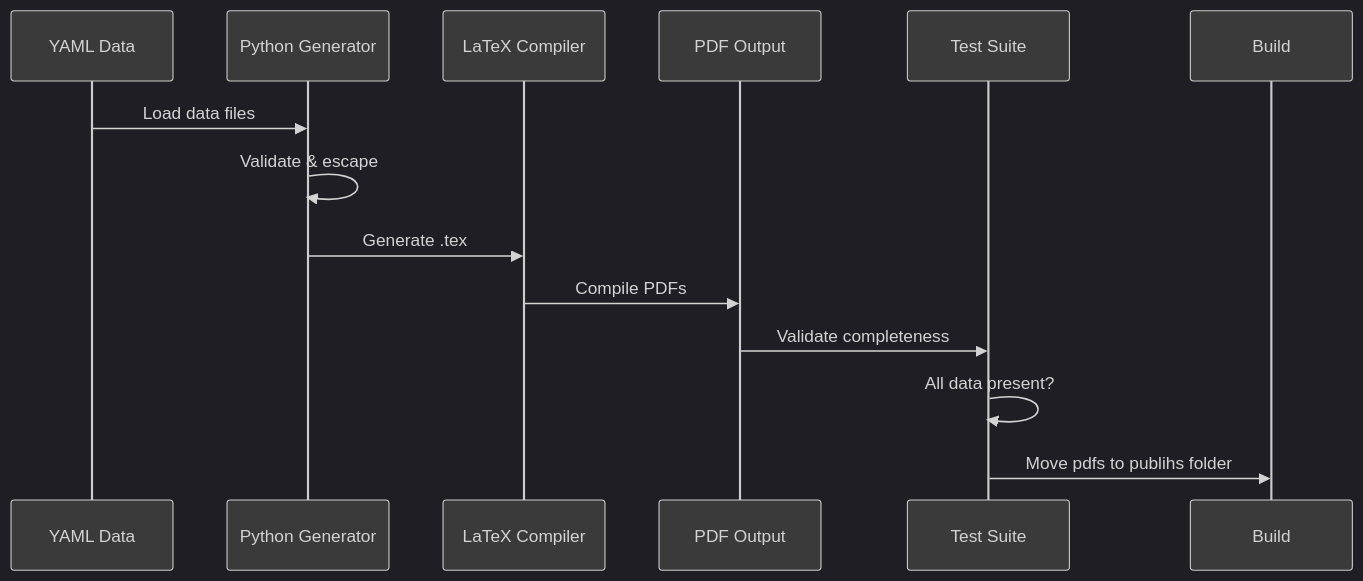
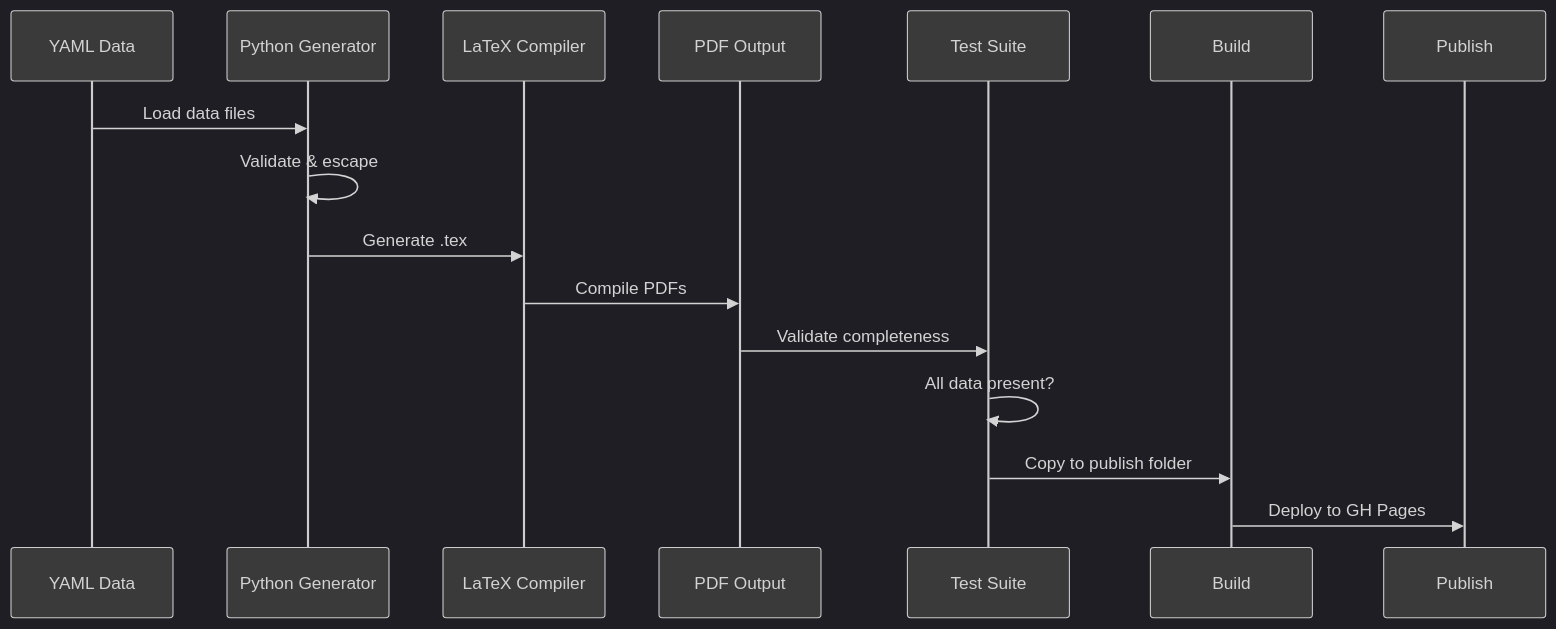
The second of 2 diagrams in README.md (acudworth3/resume-experiment), drawn with Mermaid before and after one commit.

Commit message:
Auto-commit Mon Apr  6 15:20:59 EDT 2026

````diff
--- a/README.md
+++ b/README.md
@@ -185,18 +185,20 @@
 ```mermaid
 %%{init: {"theme": "dark", "themeVariables": {"darkMode": true, "background": "#2b2b2b", "mainBkg": "#3a3a3a", "secondBkg": "#4a4a4a"}}}%%
 sequenceDiagram
     participant YAML as YAML Data
     participant Python as Python Generator
     participant LaTeX as LaTeX Compiler
     participant PDF as PDF Output
     participant Test as Test Suite
     participant Build as Build
+    participant Publish as Publish
 
     YAML->>Python: Load data files
     Python->>Python: Validate & escape
     Python->>LaTeX: Generate .tex
     LaTeX->>PDF: Compile PDFs
     PDF->>Test: Validate completeness
     Test->>Test: All data present?
-    Test->>Build: Move pdfs to publihs folder
+    Test->>Build: Copy to publish folder
+    Build->>Publish: Deploy to GH Pages
 ```
````
